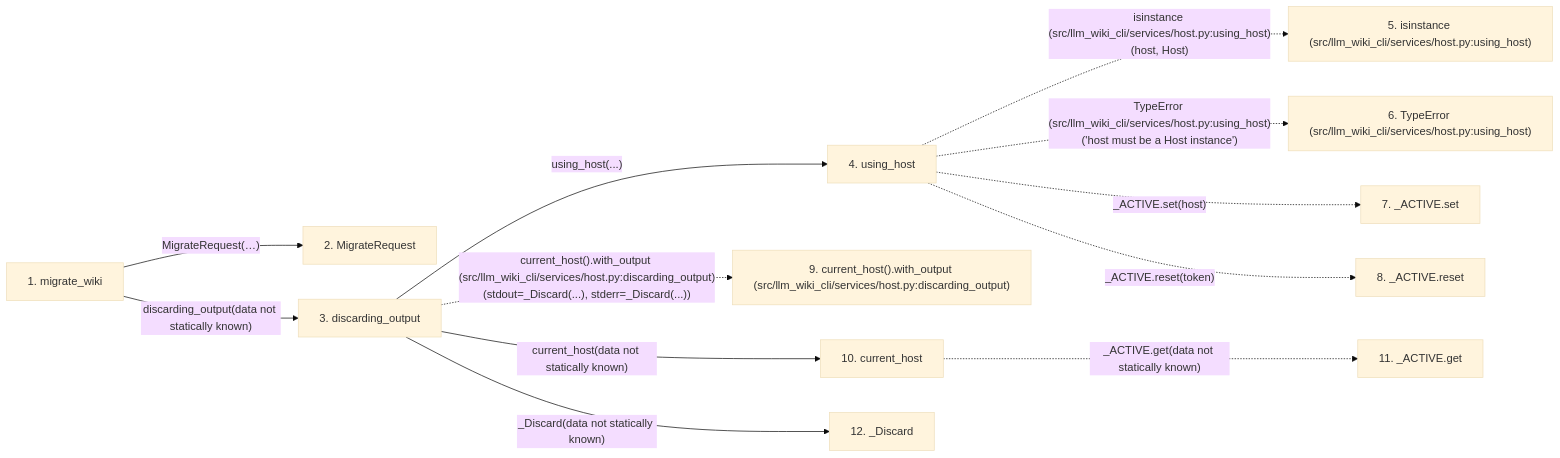
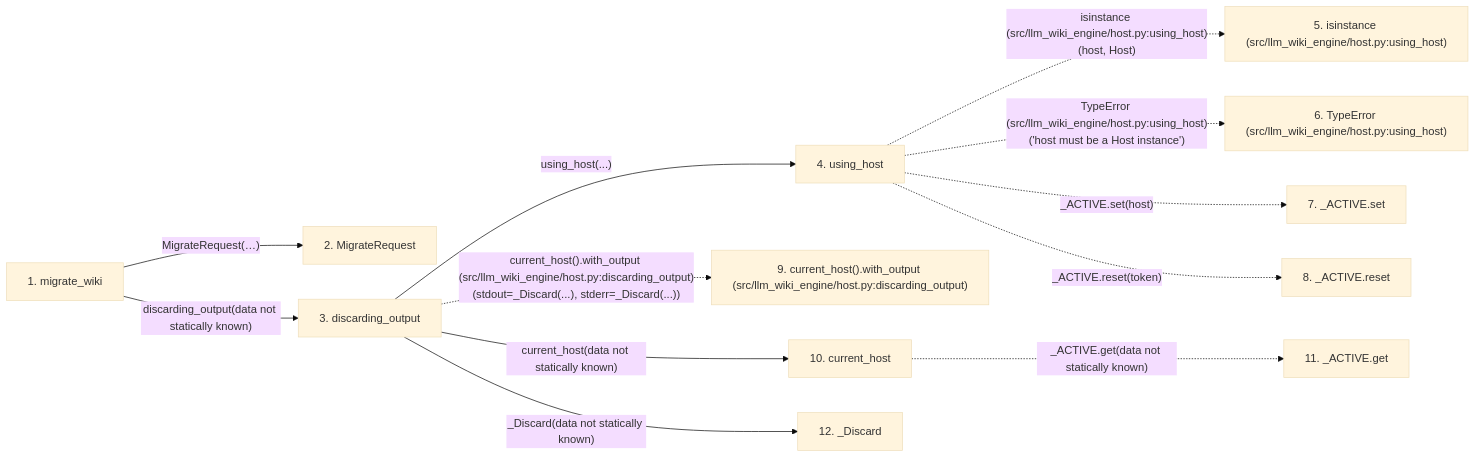
The second of 2 diagrams in docs/llm_wiki/flows/api-migrate_wiki.md (Denissvgn/python-wiki-llm), drawn with Mermaid (base theme) before and after one commit. The commit also changed other lines of this file and 1103 other files, not shown here.

First line of the commit message:
docs: refresh the wiki for the llm-wiki-engine distribution

````diff
--- a/docs/llm_wiki/flows/api-migrate_wiki.md
+++ b/docs/llm_wiki/flows/api-migrate_wiki.md
@@ -168,32 +168,32 @@
 ```mermaid
 flowchart LR
     s1["1. migrate_wiki"]
     s2["2. MigrateRequest"]
     s3["3. discarding_output"]
     s4["4. using_host"]
-    s5["5. isinstance (src/llm_wiki_cli/services/host.py:using_host)"]
-    s6["6. TypeError (src/llm_wiki_cli/services/host.py:using_host)"]
+    s5["5. isinstance (src/llm_wiki_engine/host.py:using_host)"]
+    s6["6. TypeError (src/llm_wiki_engine/host.py:using_host)"]
     s7["7. _ACTIVE.set"]
     s8["8. _ACTIVE.reset"]
-    s9["9. current_host().with_output (src/llm_wiki_cli/services/host.py:discarding_output)"]
+    s9["9. current_host().with_output (src/llm_wiki_engine/host.py:discarding_output)"]
     s10["10. current_host"]
     s11["11. _ACTIVE.get"]
     s12["12. _Discard"]
     s1 -->|"MigrateRequest(…)"| s2
     s1 -->|"discarding_output(data not statically known)"| s3
     s3 -->|"using_host(...)"| s4
-    s4 -. "isinstance (src/llm_wiki_cli/services/host.py:using_host)(host, Host)" .-> s5
-    s4 -. "TypeError (src/llm_wiki_cli/services/host.py:using_host)('host must be a Host instance')" .-> s6
+    s4 -. "isinstance (src/llm_wiki_engine/host.py:using_host)(host, Host)" .-> s5
+    s4 -. "TypeError (src/llm_wiki_engine/host.py:using_host)('host must be a Host instance')" .-> s6
     s4 -. "_ACTIVE.set(host)" .-> s7
     s4 -. "_ACTIVE.reset(token)" .-> s8
-    s3 -. "current_host().with_output (src/llm_wiki_cli/services/host.py:discarding_output)(stdout=_Discard(...), stderr=_Discard(...))" .-> s9
+    s3 -. "current_host().with_output (src/llm_wiki_engine/host.py:discarding_output)(stdout=_Discard(...), stderr=_Discard(...))" .-> s9
     s3 -->|"current_host(data not statically known)"| s10
     s10 -. "_ACTIVE.get(data not statically known)" .-> s11
     s3 -->|"_Discard(data not statically known)"| s12
     click s1 "../modules/api.md"
     click s2 "../modules/migrate_service.md"
     click s3 "../modules/host.md"
     click s4 "../modules/host.md"
     click s10 "../modules/host.md"
     click s12 "../modules/host.md"
 ```
````
